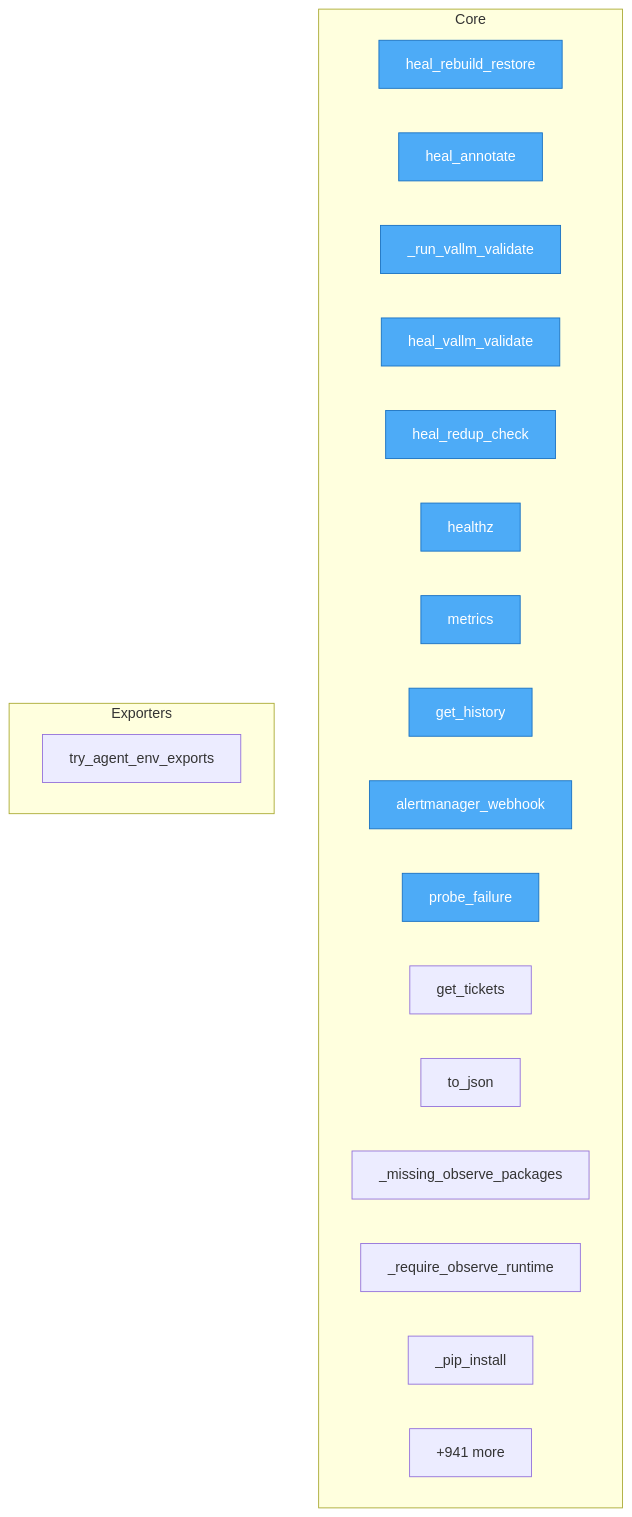
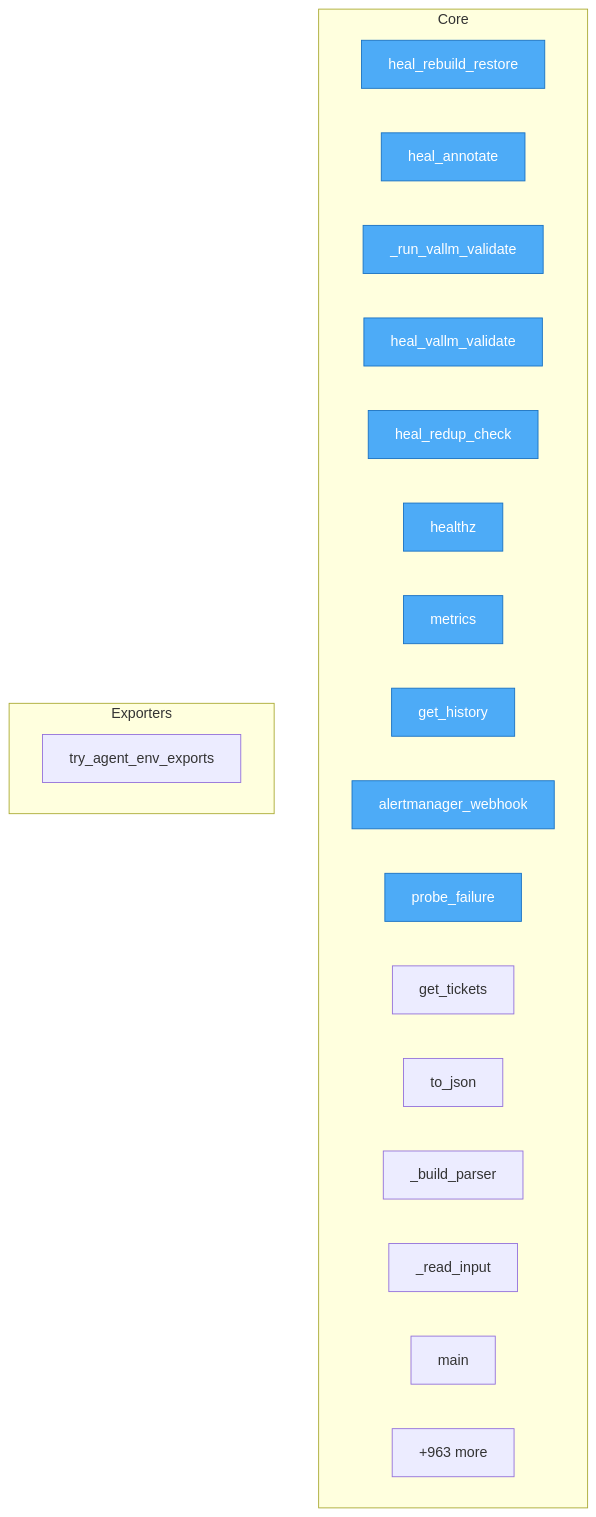
Before and after one commit to semcod/koru: the diagram in project/flow.mmd, drawn with Mermaid. The commit also changed 44 other files, not shown here.

```diff
--- a/project/flow.mmd
+++ b/project/flow.mmd
@@ -1,30 +1,30 @@
 flowchart TD
 %% generated in 0.12s
 
     %% Entry points (blue)
     classDef entry fill:#4dabf7,stroke:#1971c2,color:#fff
 
     subgraph Core
         services__healing_webhook__app__heal_rebuild_restore["heal_rebuild_restore"]
         services__healing_webhook__app__heal_annotate["heal_annotate"]
         services__healing_webhook__app___run_vallm_validate["_run_vallm_validate"]
         services__healing_webhook__app__heal_vallm_validate["heal_vallm_validate"]
         services__healing_webhook__app__heal_redup_check["heal_redup_check"]
         services__healing_webhook__app__healthz["healthz"]
         services__healing_webhook__app__metrics["metrics"]
         services__healing_webhook__app__get_history["get_history"]
         services__healing_webhook__app__alertmanager_webhook["alertmanager_webhook"]
         services__healing_webhook__app__probe_failure["probe_failure"]
         services__healing_webhook__app__get_tickets["get_tickets"]
         src__koruobserve__lifecycle__ObserveProcesses__to_json["to_json"]
-        src__koruobserve__cli___missing_observe_packages["_missing_observe_packages"]
-        src__koruobserve__cli___require_observe_runtime["_require_observe_runtime"]
-        src__koruobserve__cli___pip_install["_pip_install"]
-        ...["+941 more"]
+        src__korudsl__cli___build_parser["_build_parser"]
+        src__korudsl__cli___read_input["_read_input"]
+        src__korudsl__cli__main["main"]
+        ...["+963 more"]
     end
 
     subgraph Exporters
         src__koru__agent_cli_helpers__try_agent_env_exports["try_agent_env_exports"]
     end
 
     class services__healing_webhook__app__heal_rebuild_restore,services__healing_webhook__app__heal_annotate,services__healing_webhook__app___run_vallm_validate,services__healing_webhook__app__heal_vallm_validate,services__healing_webhook__app__heal_redup_check,services__healing_webhook__app__healthz,services__healing_webhook__app__metrics,services__healing_webhook__app__get_history,services__healing_webhook__app__alertmanager_webhook,services__healing_webhook__app__probe_failure entry
```
